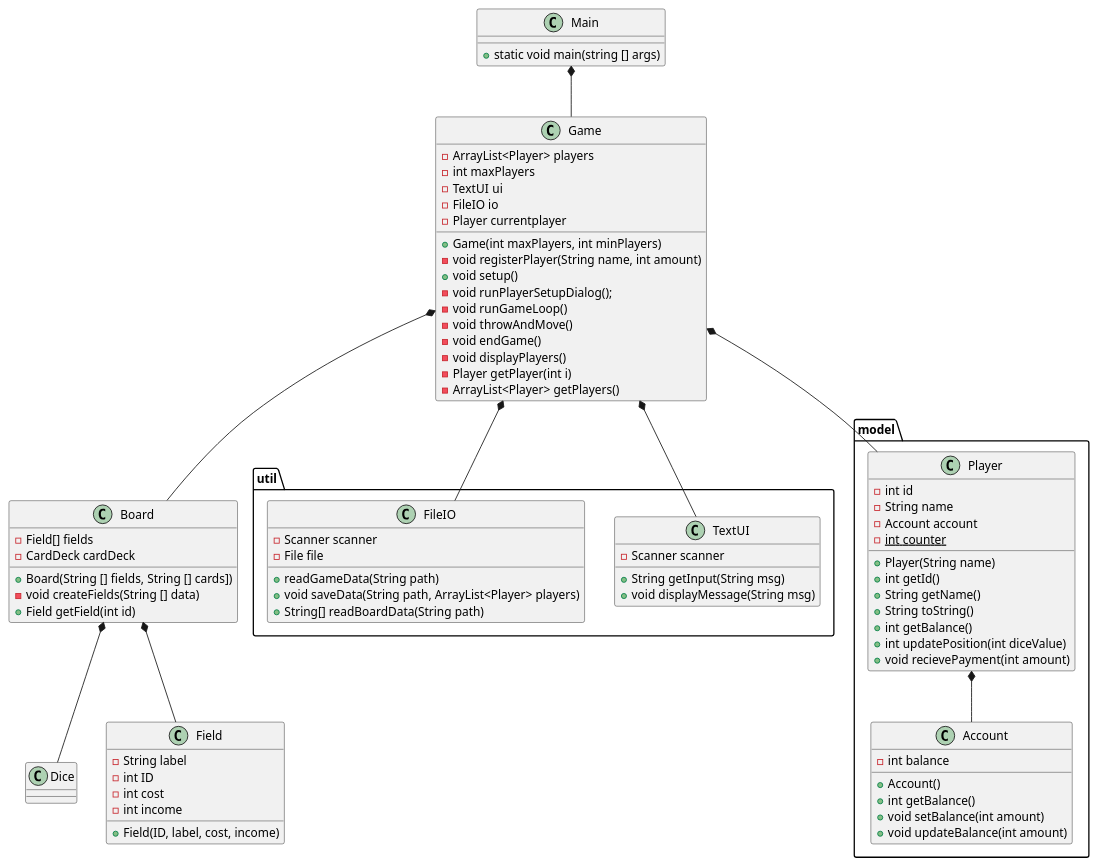
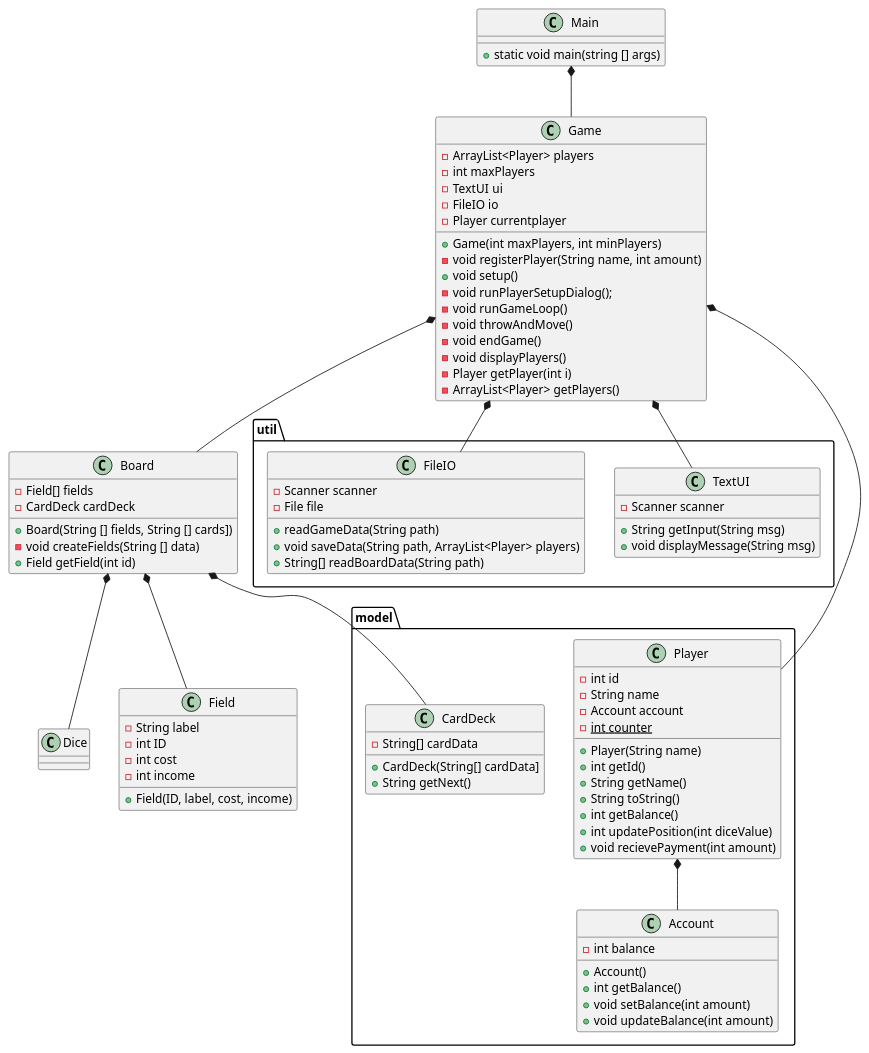
The diagram in doc/classdiagram.puml (babanoelk/Monopoly), drawn with PlantUML before and after one commit. The commit also changed 1 other file, not shown here.

```diff
--- a/doc/classdiagram.puml
+++ b/doc/classdiagram.puml
@@ -1,87 +1,93 @@
 @startuml
 'https://plantuml.com/class-diagram
 
 class Main
 class Game
 
 package "util"{
 class TextUI
 class FileIO
 }
 package "model"{
 class Player
 class Account
+class CardDeck
 }
 class Dice
 class Board
 class Field
 
 Main *-- Game
 Game *-- TextUI
 Game *-- FileIO
 Game *-- Player
 Player *-- Account
 Game *--Board
 Board *-- Dice
 Board *-- Field
+Board *-- CardDeck
 Main : + static void main(string [] args)
 
 
 Player : -int id
 Player  : -String name
 Player  : -Account account
 Player  : -{static} int counter
 Player  : +Player(String name)
 Player  : +int getId()
 Player  : +String getName()
 Player  : +String toString()
 Player  : +int getBalance()
 Player  : +int updatePosition(int diceValue)
 Player  : +void recievePayment(int amount)
 
 
 Account : - int balance
 Account : + Account()
 Account : + int getBalance()
 Account : + void setBalance(int amount)
 Account : + void updateBalance(int amount)
 
 Game : - ArrayList<Player> players
 Game : - int maxPlayers
 Game : - TextUI ui
 Game : - FileIO io
 Game : - Player currentplayer
 Game : + Game(int maxPlayers, int minPlayers)
 Game : - void registerPlayer(String name, int amount)
 Game : + void setup()
 Game : - void runPlayerSetupDialog();
 Game : - void runGameLoop()
 Game : - void throwAndMove()
 Game : - void endGame()
 Game : - void displayPlayers()
 Game : - Player getPlayer(int i)
 Game : - ArrayList<Player> getPlayers()
 
 TextUI : + String getInput(String msg)
 TextUI : - Scanner scanner
 TextUI : + void displayMessage(String msg)
 
 FileIO : - Scanner scanner
 FileIO : - File file
 FileIO : + readGameData(String path)
 FileIO : + void saveData(String path, ArrayList<Player> players)
 FileIO : + String[] readBoardData(String path)
 
 Field : + Field(ID, label, cost, income)
 Field : - String label
 Field : - int ID
 Field : - int cost
 Field : - int income
 
 Board : - Field[] fields
 Board : - CardDeck cardDeck
 Board : + Board(String [] fields, String [] cards])
 Board : - void createFields(String [] data)
 Board : + Field getField(int id)
 
+CardDeck : - String[] cardData
+CardDeck : + CardDeck(String[] cardData]
+CardDeck : + String getNext()
+
 @enduml
```
